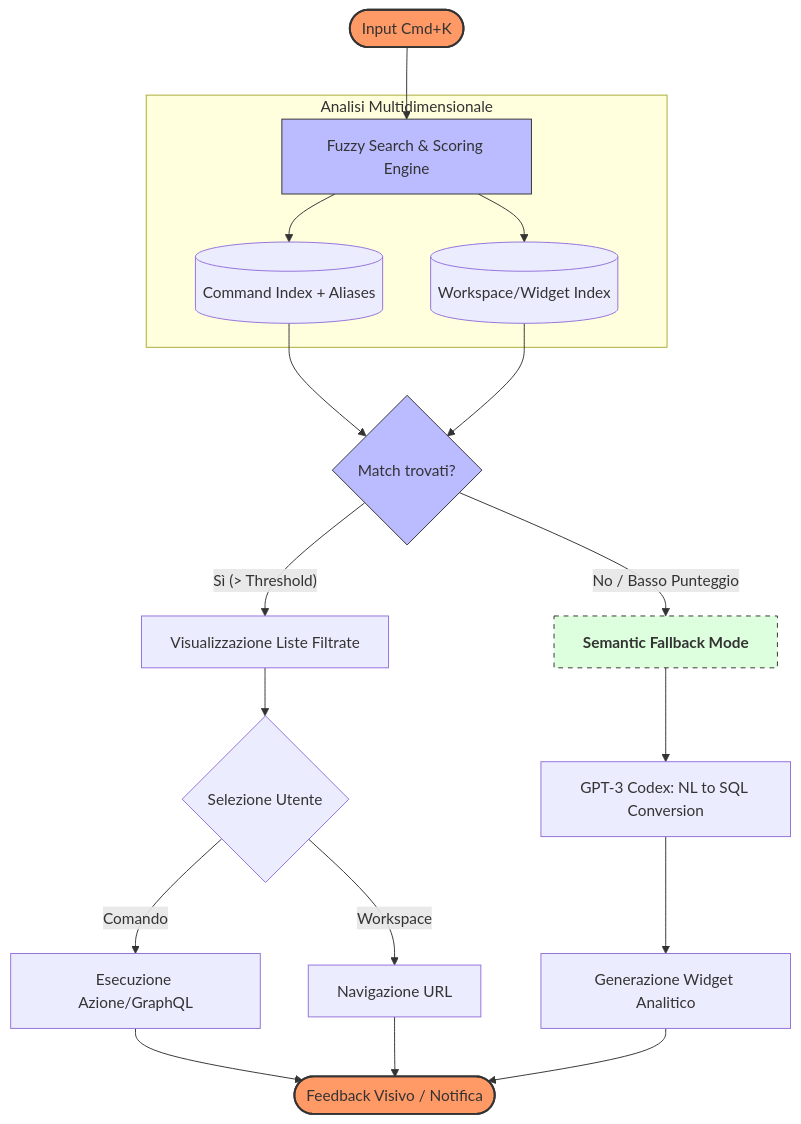
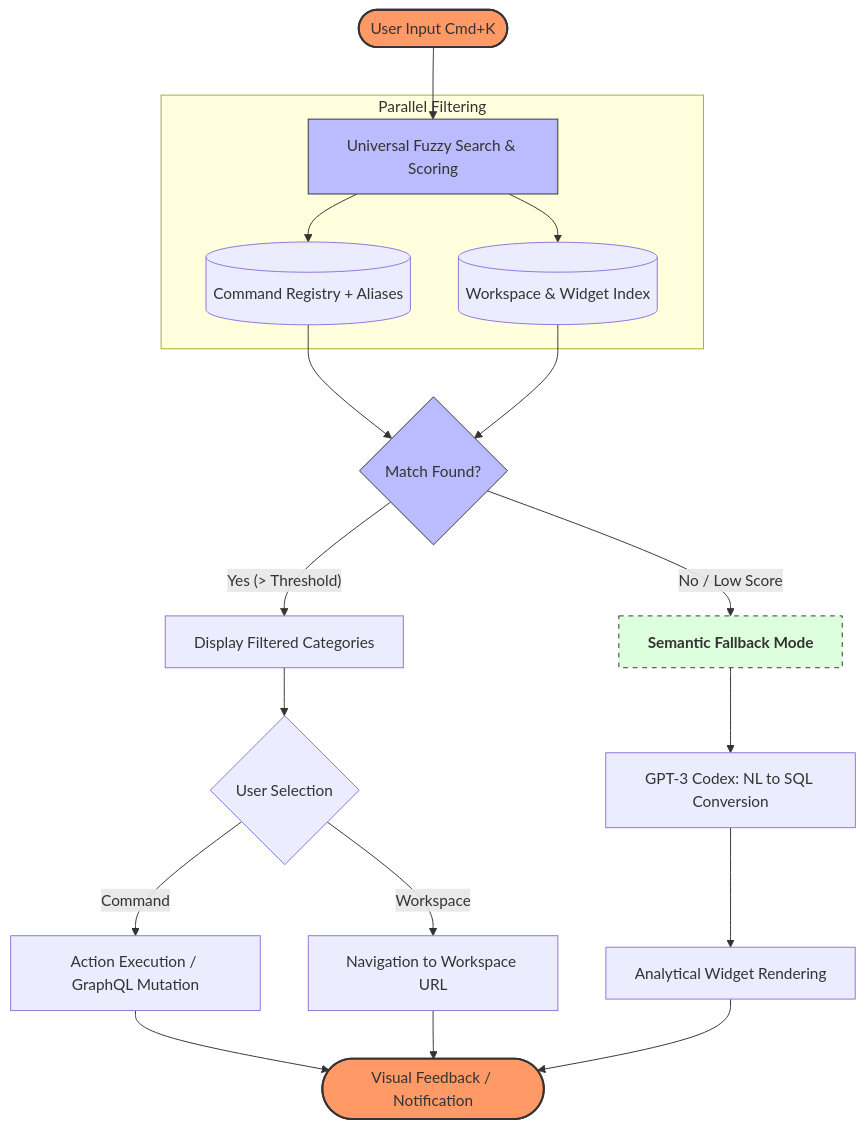
One commit to ricpastori/personal-website changed the diagram in content/projects/bepeople-command-palette/index.md. Above: the diagram before and after it, drawn with Mermaid. The commit also changed other lines of this file and 3 other files, not shown here.

Commit message:
fix js bundle for exclude mermaid-init

`````diff
--- a/content/projects/bepeople-command-palette/index.md
+++ b/content/projects/bepeople-command-palette/index.md
@@ -46,34 +46,34 @@
 ````mermaid
 
 graph TD
     %% Styling
     classDef primary fill:#f96,stroke:#333,stroke-width:2px;
     classDef logic fill:#bbf,stroke:#333,stroke-width:1px;
     classDef fallback fill:#dfd,stroke:#333,stroke-dasharray: 5 5;
 
-    Start([Input Cmd+K]) --> Process[Fuzzy Search & Scoring Engine]
+    Start([User Input Cmd+K]) --> Process[Universal Fuzzy Search & Scoring]
     
-    subgraph ParallelProcessing [Analisi Multidimensionale]
-        Process --> C_Idx[(Command Index + Aliases)]
-        Process --> W_Idx[(Workspace/Widget Index)]
+    subgraph ParallelFiltering [Parallel Filtering]
+        Process --> C_Idx[(Command Registry + Aliases)]
+        Process --> W_Idx[(Workspace & Widget Index)]
     end
 
-    C_Idx & W_Idx --> Decision{Match trovati?}
+    C_Idx & W_Idx --> Decision{Match Found?}
 
-    Decision -- "Sì (> Threshold)" --> UI_Results[Visualizzazione Liste Filtrate]
-    UI_Results --> UserSelection{Selezione Utente}
+    Decision -- "Yes (> Threshold)" --> UI_Results[Display Filtered Categories]
+    UI_Results --> UserSelection{User Selection}
     
-    UserSelection -- "Comando" --> ExecAction[Esecuzione Azione/GraphQL]
-    UserSelection -- "Workspace" --> NavWS[Navigazione URL]
+    UserSelection -- "Command" --> ExecAction[Action Execution / GraphQL Mutation]
+    UserSelection -- "Workspace" --> NavWS[Navigation to Workspace URL]
 
-    Decision -- "No / Basso Punteggio" --> SemanticFallback[<b>Semantic Fallback Mode</b>]
+    Decision -- "No / Low Score" --> SemanticFallback[<b>Semantic Fallback Mode</b>]
     SemanticFallback --> GPT_Engine[GPT-3 Codex: NL to SQL Conversion]
-    GPT_Engine --> DataWidget[Generazione Widget Analitico]
+    GPT_Engine --> DataWidget[Analytical Widget Rendering]
 
-    ExecAction & NavWS & DataWidget --> Feedback([Feedback Visivo / Notifica])
+    ExecAction & NavWS & DataWidget --> Feedback([Visual Feedback / Notification])
 
     class Start,Feedback primary;
     class Decision,Process logic;
     class SemanticFallback fallback;
 
 ````
`````
